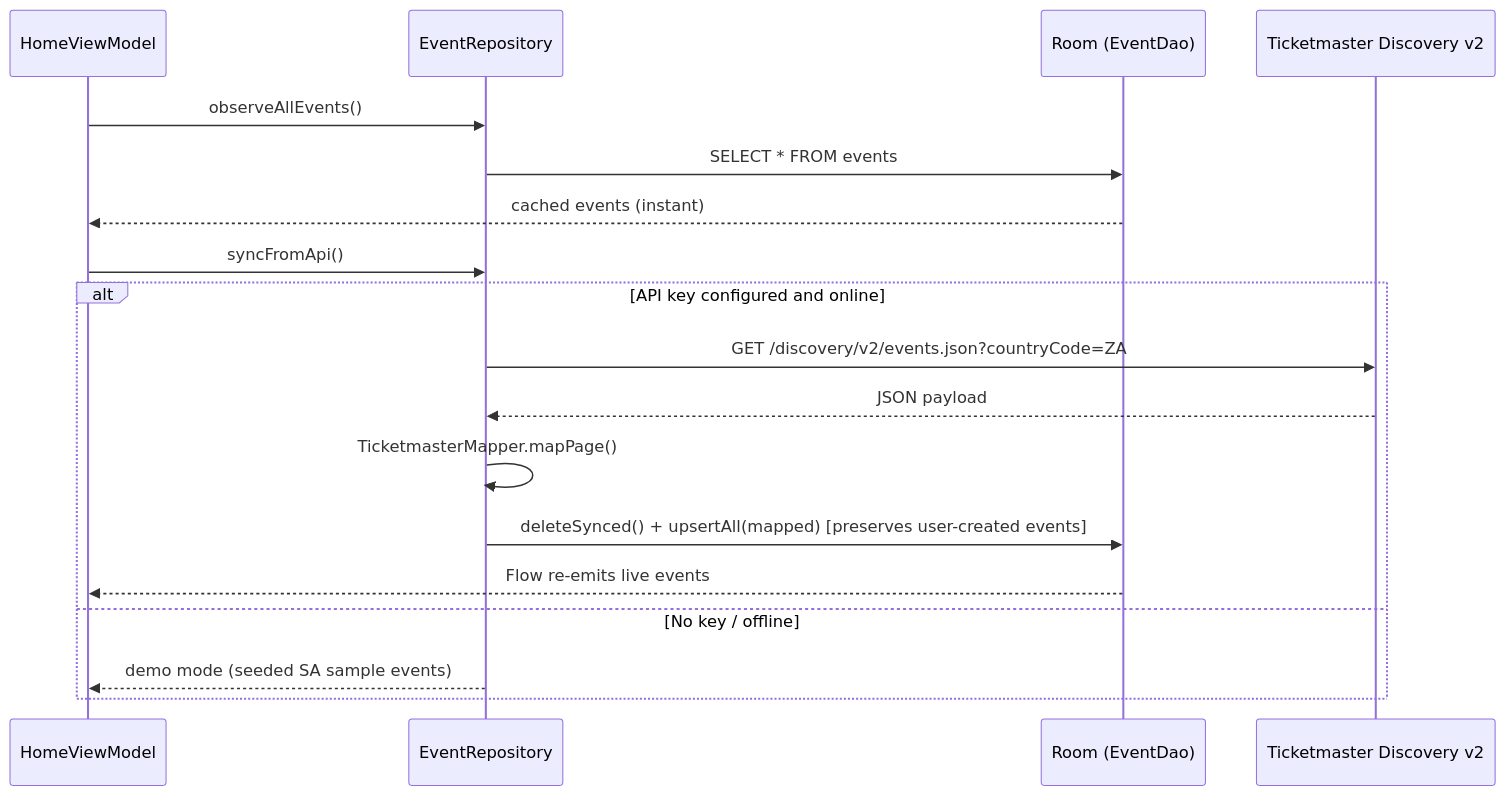
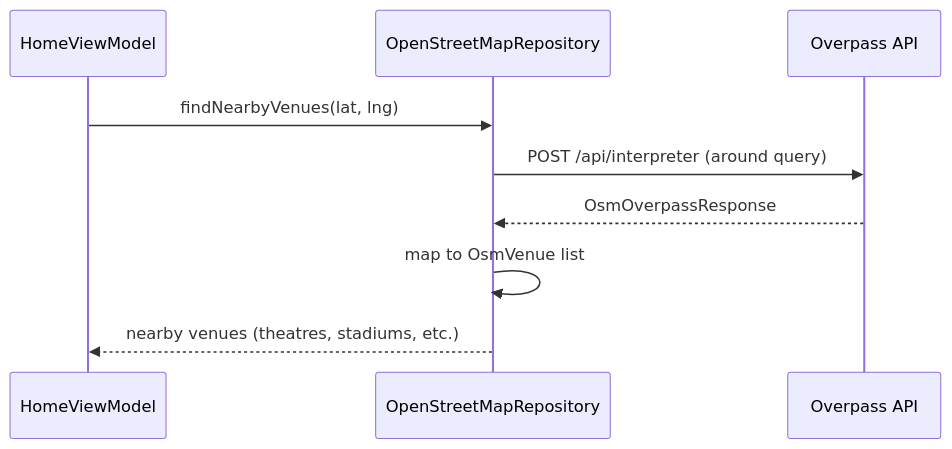
Before and after one commit to Zulfique/eventfinder-south-africa: the second of 3 diagrams in README.md, drawn with Mermaid. The commit also changed other lines of this file and 19 other files, not shown here.

First line of the commit message:
refactor: remove Ticketmaster entirely, replace with keyless OpenStreetMap/Overpass venue discovery

````diff
--- a/README.md
+++ b/README.md
@@ -137,21 +137,12 @@
 ```mermaid
 sequenceDiagram
     participant H as HomeViewModel
-    participant R as EventRepository
-    participant DB as Room (EventDao)
-    participant API as Ticketmaster Discovery v2
+    participant R as OpenStreetMapRepository
+    participant API as Overpass API
 
-    H->>R: observeAllEvents()
-    R->>DB: SELECT * FROM events
-    DB-->>H: cached events (instant)
-    H->>R: syncFromApi()
-    alt API key configured and online
-        R->>API: GET /discovery/v2/events.json?countryCode=ZA
-        API-->>R: JSON payload
-        R->>R: TicketmasterMapper.mapPage()
-        R->>DB: deleteSynced() + upsertAll(mapped) [preserves user-created events]
-        DB-->>H: Flow re-emits live events
-    else No key / offline
-        R-->>H: demo mode (seeded SA sample events)
-    end
+    H->>R: findNearbyVenues(lat, lng)
+    R->>API: POST /api/interpreter (around query)
+    API-->>R: OsmOverpassResponse
+    R->>R: map to OsmVenue list
+    R-->>H: nearby venues (theatres, stadiums, etc.)
 ```
````
